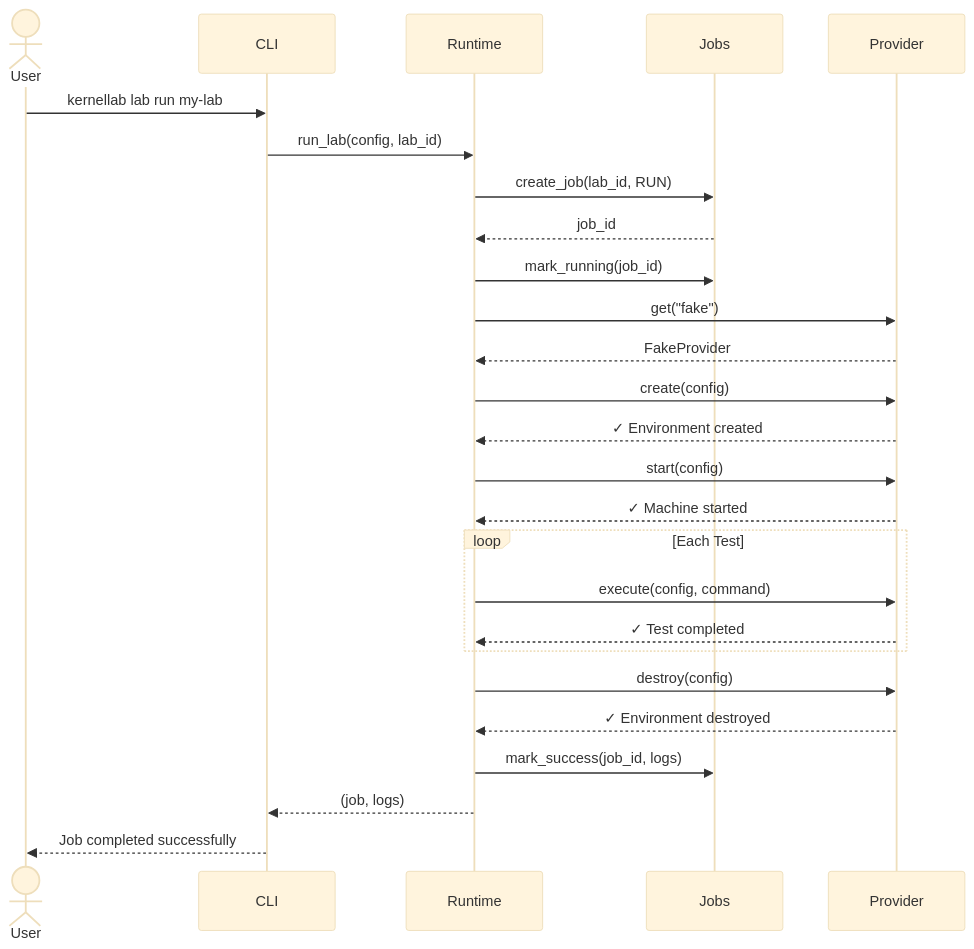
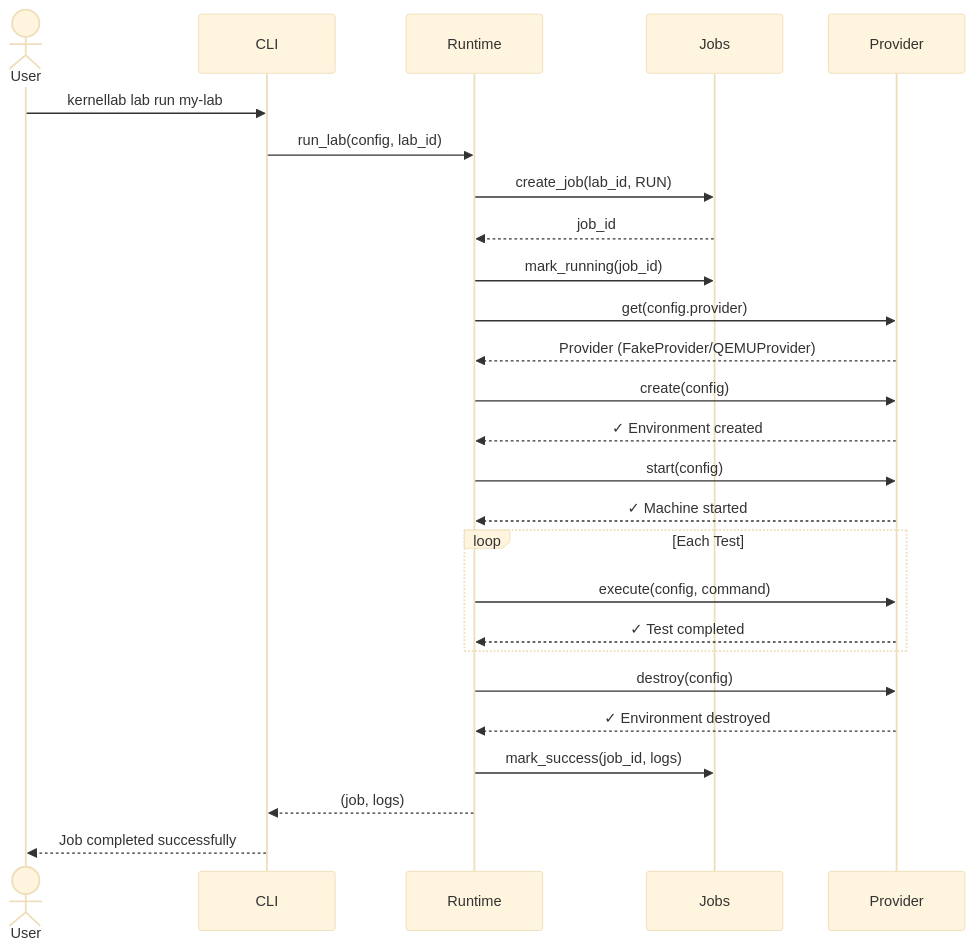
One commit to melinskyRf/kernellab changed the fourth of 7 diagrams in README.md. Above: the diagram before and after it, drawn with Mermaid (base theme). The commit also changed other lines of this file and 62 other files, not shown here.

````diff
--- a/README.md
+++ b/README.md
@@ -281,38 +433,38 @@
 ```mermaid
 sequenceDiagram
     actor User
     participant CLI
     participant Runtime
     participant Jobs
     participant Provider
     
     User->>CLI: kernellab lab run my-lab
     CLI->>Runtime: run_lab(config, lab_id)
     
     Runtime->>Jobs: create_job(lab_id, RUN)
     Jobs-->>Runtime: job_id
     
     Runtime->>Jobs: mark_running(job_id)
     
-    Runtime->>Provider: get("fake")
-    Provider-->>Runtime: FakeProvider
+    Runtime->>Provider: get(config.provider)
+    Provider-->>Runtime: Provider (FakeProvider/QEMUProvider)
     
     Runtime->>Provider: create(config)
     Provider-->>Runtime: ✓ Environment created
     
     Runtime->>Provider: start(config)
     Provider-->>Runtime: ✓ Machine started
     
     loop Each Test
         Runtime->>Provider: execute(config, command)
         Provider-->>Runtime: ✓ Test completed
     end
     
     Runtime->>Provider: destroy(config)
     Provider-->>Runtime: ✓ Environment destroyed
     
     Runtime->>Jobs: mark_success(job_id, logs)
     
     Runtime-->>CLI: (job, logs)
     CLI-->>User: Job completed successfully
 ```
````
